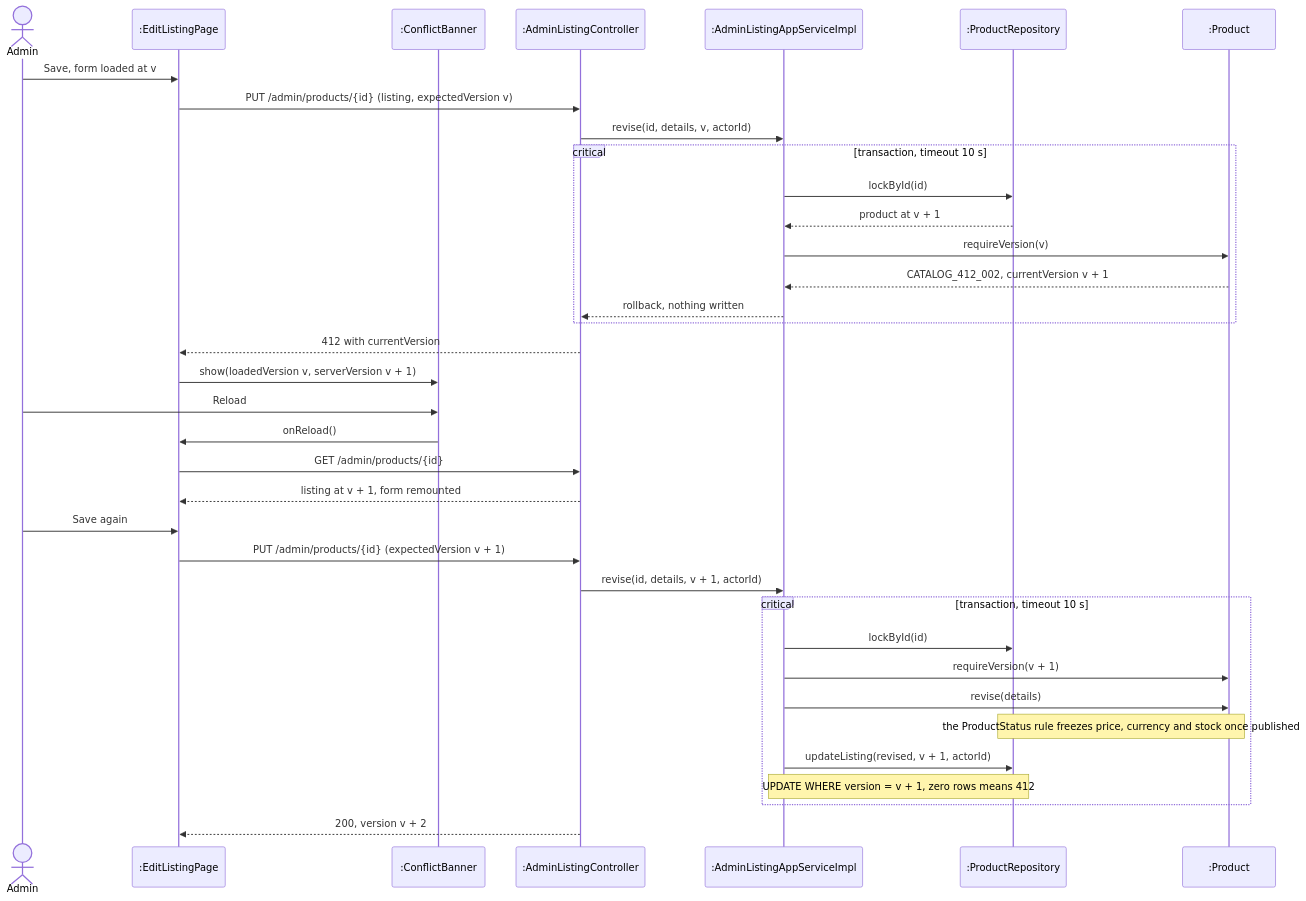
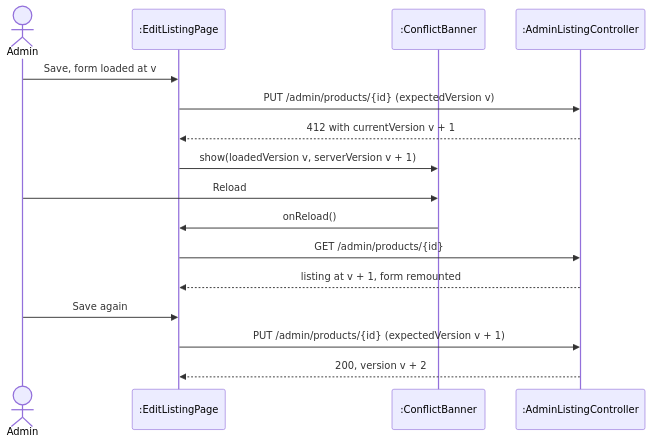
One commit to PPsyrius/iss-groupbuy-team8 changed diagram 13 of 17 in docs/swe5006/report/sections/03-4-5-liu-jin.md. Above: the diagram before and after it, drawn with Mermaid. The commit also changed other lines of this file and 60 other files, not shown here.

First line of the commit message:
docs(report): template format, VP-style UML and fact fixes (#463, #695) (#704)

````diff
--- a/docs/swe5006/report/sections/03-4-5-liu-jin.md
+++ b/docs/swe5006/report/sections/03-4-5-liu-jin.md
@@ -710,38 +701,18 @@
 ```mermaid
 sequenceDiagram
     actor Admin
     participant P as :EditListingPage
     participant B as :ConflictBanner
     participant W as :AdminListingController
-    participant S as :AdminListingAppServiceImpl
-    participant R as :ProductRepository
-    participant D as :Product
     Admin->>P: Save, form loaded at v
-    P->>W: PUT /admin/products/{id} (listing, expectedVersion v)
-    W->>S: revise(id, details, v, actorId)
-    critical transaction, timeout 10 s
-        S->>R: lockById(id)
-        R-->>S: product at v + 1
-        S->>D: requireVersion(v)
-        D-->>S: CATALOG_412_002, currentVersion v + 1
-        S-->>W: rollback, nothing written
-    end
-    W-->>P: 412 with currentVersion
+    P->>W: PUT /admin/products/{id} (expectedVersion v)
+    W-->>P: 412 with currentVersion v + 1
     P->>B: show(loadedVersion v, serverVersion v + 1)
     Admin->>B: Reload
     B->>P: onReload()
     P->>W: GET /admin/products/{id}
     W-->>P: listing at v + 1, form remounted
     Admin->>P: Save again
     P->>W: PUT /admin/products/{id} (expectedVersion v + 1)
-    W->>S: revise(id, details, v + 1, actorId)
-    critical transaction, timeout 10 s
-        S->>R: lockById(id)
-        S->>D: requireVersion(v + 1)
-        S->>D: revise(details)
-        Note over R,D: the ProductStatus rule freezes price, currency and stock once published
-        S->>R: updateListing(revised, v + 1, actorId)
-        Note over S,R: UPDATE WHERE version = v + 1, zero rows means 412
-    end
     W-->>P: 200, version v + 2
 ```
````
